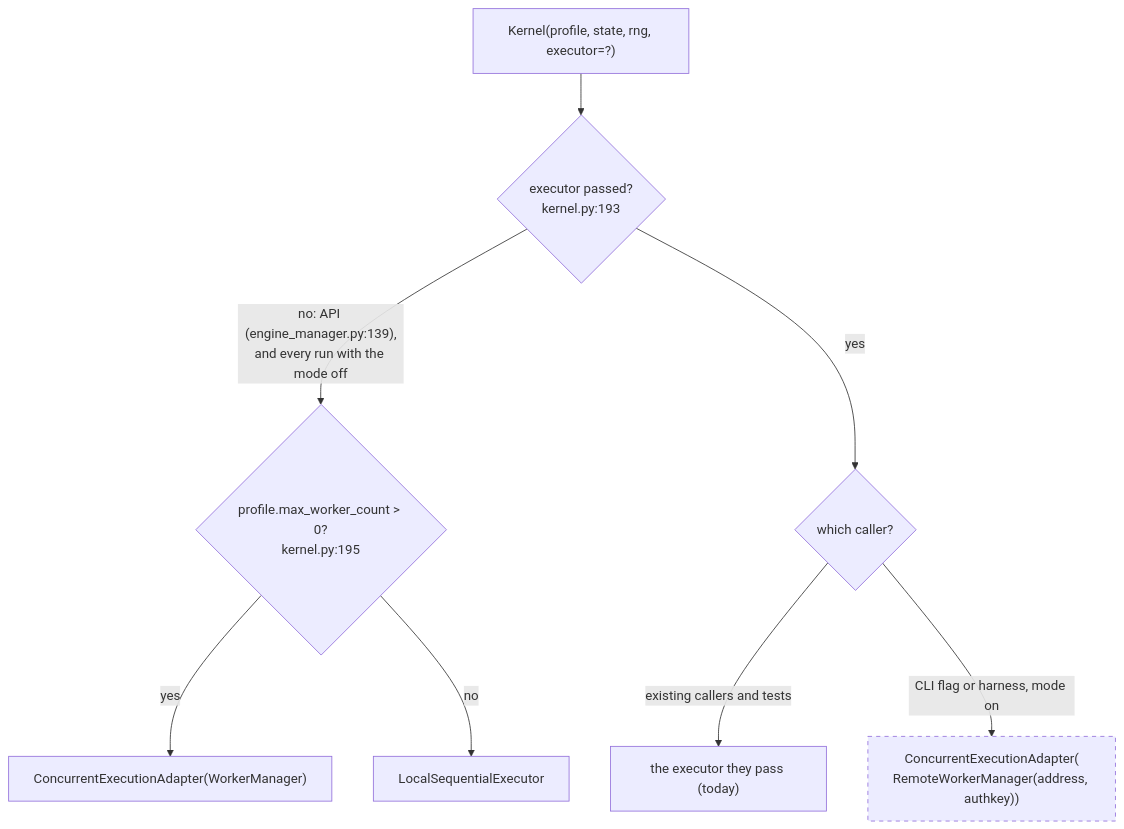
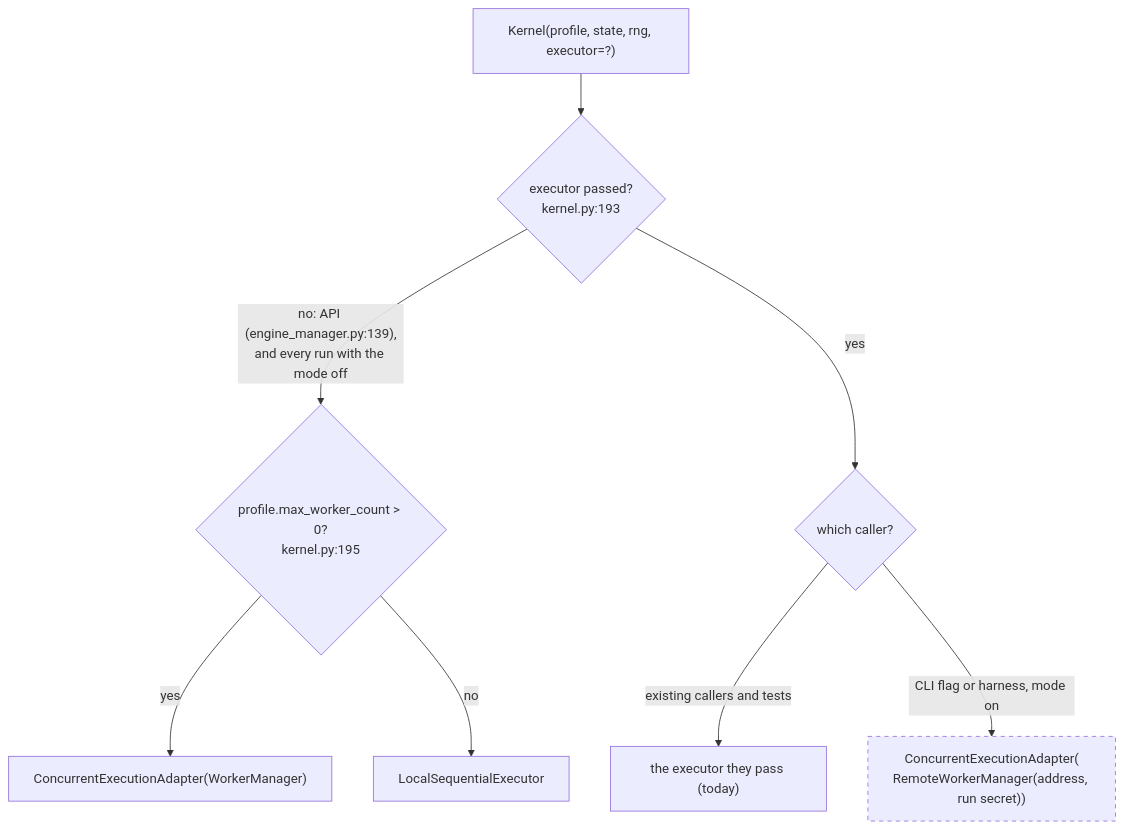
The second of 4 diagrams in docs/plans/architecture/distributed_workers_experiment_design.md (rpg-sim-lab/rpg-based-simulation), drawn with Mermaid before and after one commit. The commit also changed other lines of this file and 4 other files, not shown here.

````diff
--- a/docs/plans/architecture/distributed_workers_experiment_design.md
+++ b/docs/plans/architecture/distributed_workers_experiment_design.md
@@ -80,13 +81,13 @@
 ```mermaid
 flowchart TB
     C["Kernel(profile, state, rng, executor=?)"] --> Q1{"executor passed?<br/>kernel.py:193"}
     Q1 -- "no: API (engine_manager.py:139),<br/>and every run with the mode off" --> Q2{"profile.max_worker_count > 0?<br/>kernel.py:195"}
     Q2 -- yes --> CA["ConcurrentExecutionAdapter(WorkerManager)"]
     Q2 -- no --> LS["LocalSequentialExecutor"]
     Q1 -- "yes" --> X{"which caller?"}
     X -- "existing callers and tests" --> XE["the executor they pass (today)"]
-    X -- "CLI flag or harness, mode on" --> RA["ConcurrentExecutionAdapter(<br/>RemoteWorkerManager(address, authkey))"]
+    X -- "CLI flag or harness, mode on" --> RA["ConcurrentExecutionAdapter(<br/>RemoteWorkerManager(address, run secret))"]
 
     classDef new stroke-dasharray: 5 5
     class RA new
 ```
````
